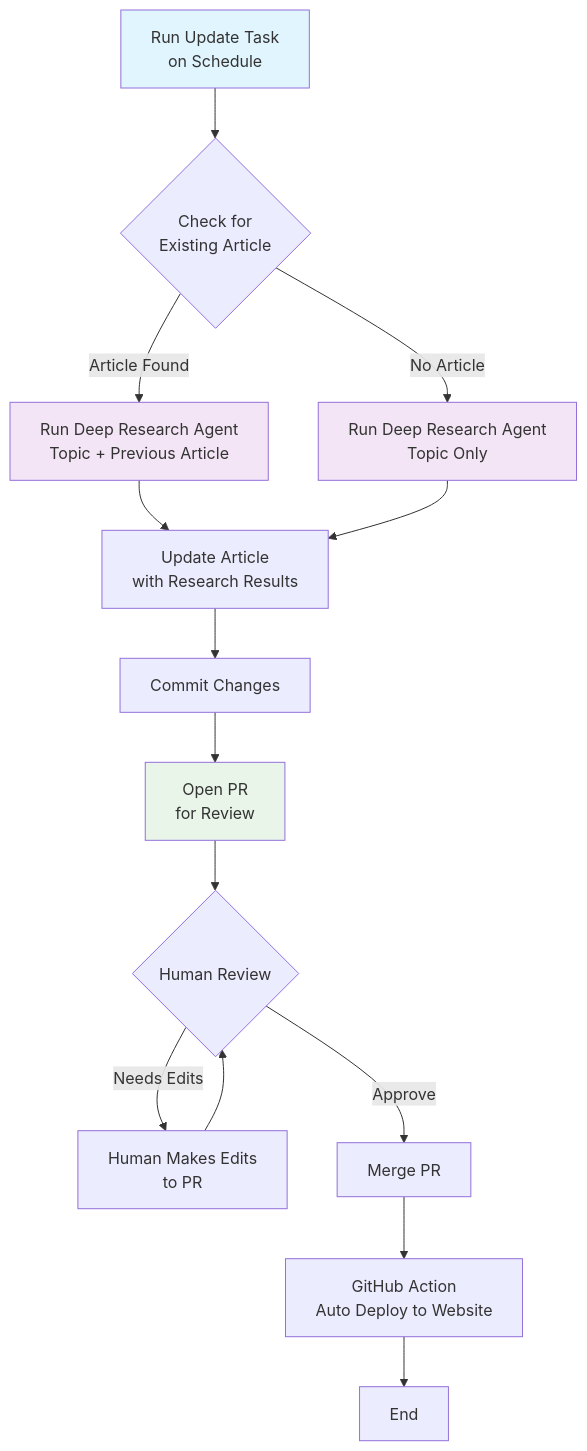
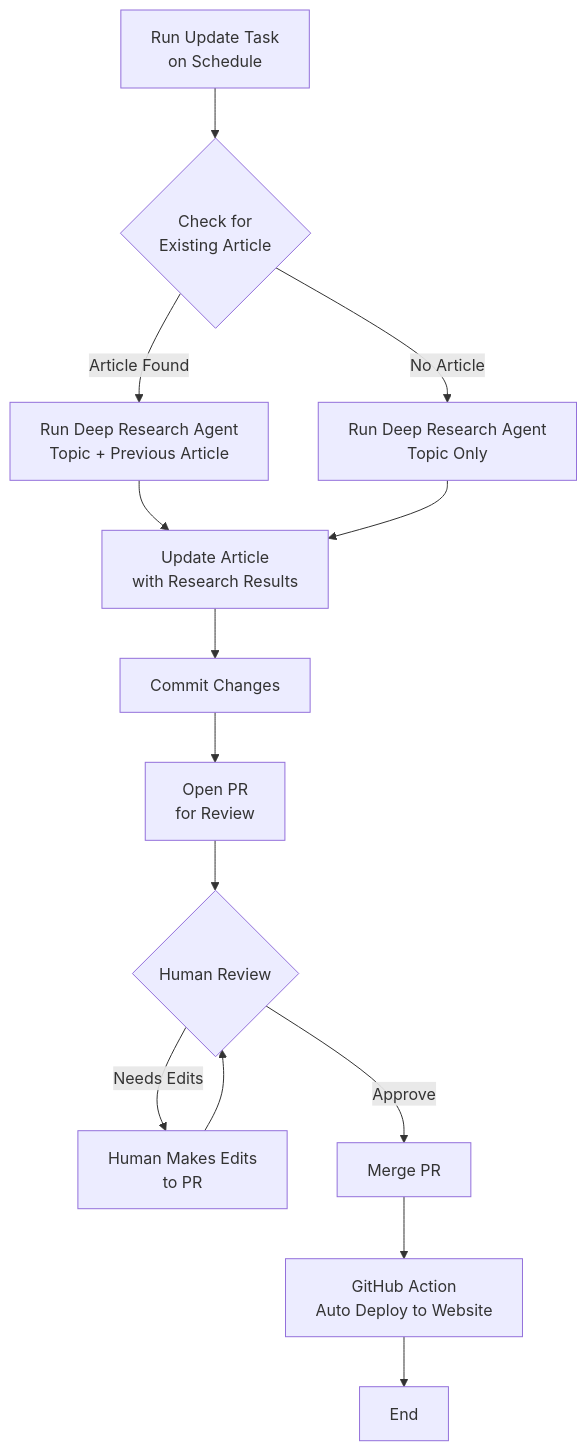
The diagram in README.md (mingnz/livingwp), drawn with Mermaid before and after one commit.

Commit message:
docs: Remove styles from flowchart

````diff
--- a/README.md
+++ b/README.md
@@ -58,30 +58,25 @@
 ```mermaid
 flowchart TD
     A[Run Update Task<br/>on Schedule] --> B{Check for<br/>Existing Article}
 
     B -->|Article Found| C1[Run Deep Research Agent<br/>Topic + Previous Article]
     B -->|No Article| C2[Run Deep Research Agent<br/>Topic Only]
 
     C1 --> D[Update Article<br/>with Research Results]
     C2 --> D
 
     D --> E[Commit Changes]
 
     E -->     F[Open PR<br/>for Review]
 
     F --> G{Human Review}
 
     G -->|Needs Edits| H[Human Makes Edits<br/>to PR]
     G -->|Approve| I[Merge PR]
 
     H --> G
 
     I --> J[GitHub Action<br/>Auto Deploy to Website]
 
     J --> K[End]
-
-    style A fill:#e1f5fe
-    style C1 fill:#f3e5f5
-    style C2 fill:#f3e5f5
-    style F fill:#e8f5e8
 ```
````
